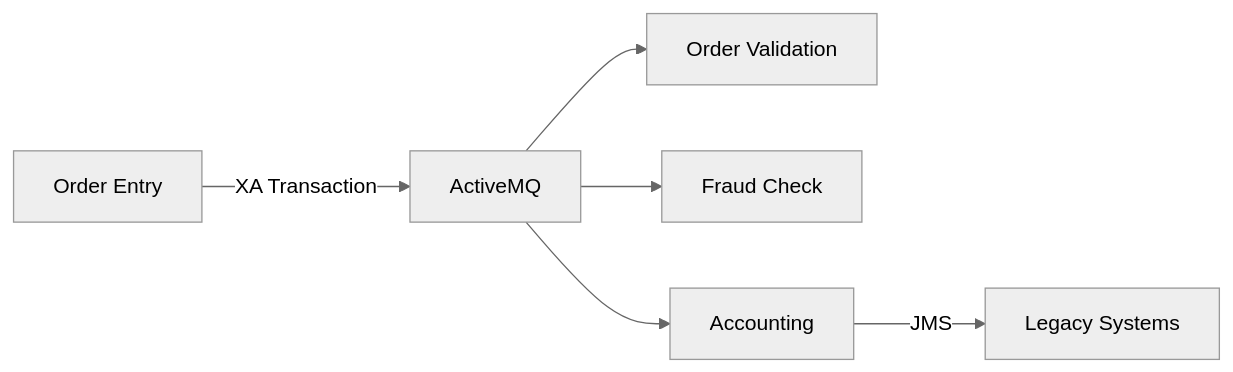
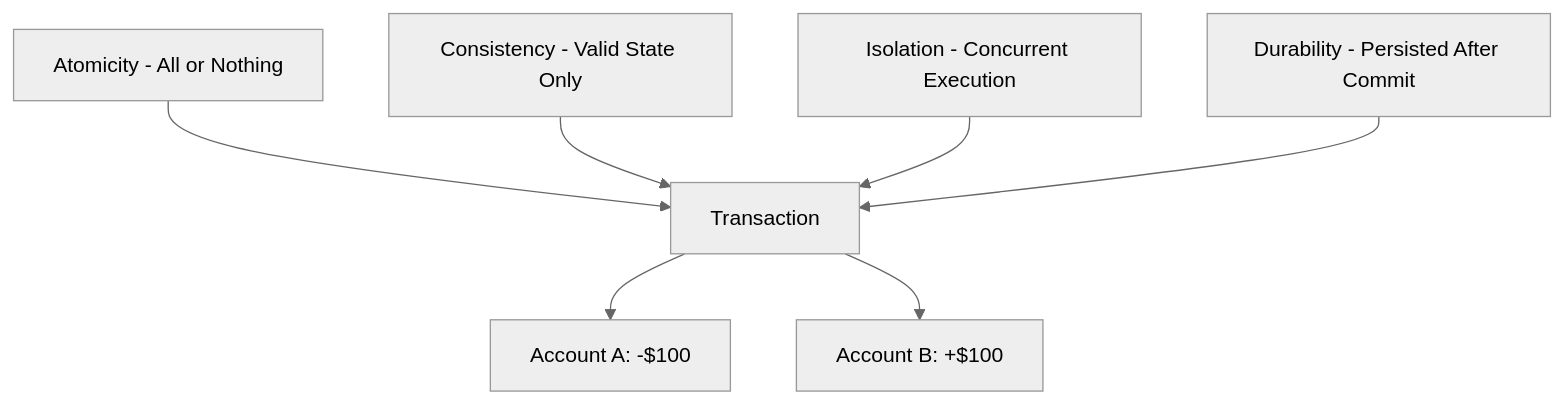
Before and after one commit to sunilkdasdev/writeups: the eighth of 10 diagrams in inteview1.md, drawn with Mermaid (neutral theme). The commit also changed other lines of this file, not shown here.

````diff
--- a/inteview1.md
+++ b/inteview1.md
@@ -1423,8 +617,9 @@
 ```mermaid
-graph LR
-    A[Order Entry] -->|XA Transaction| B[ActiveMQ]
-    B --> C[Order Validation]
-    B --> D[Fraud Check]
-    B --> E[Accounting]
-    E -->|JMS| F[Legacy Systems]
+graph TD
+    A[Atomicity - All or Nothing] --> T[Transaction]
+    B[Consistency - Valid State Only] --> T
+    C[Isolation - Concurrent Execution] --> T
+    D[Durability - Persisted After Commit] --> T
+    T --> E["Account A: -$100"]
+    T --> F["Account B: +$100"]
 ```
````
